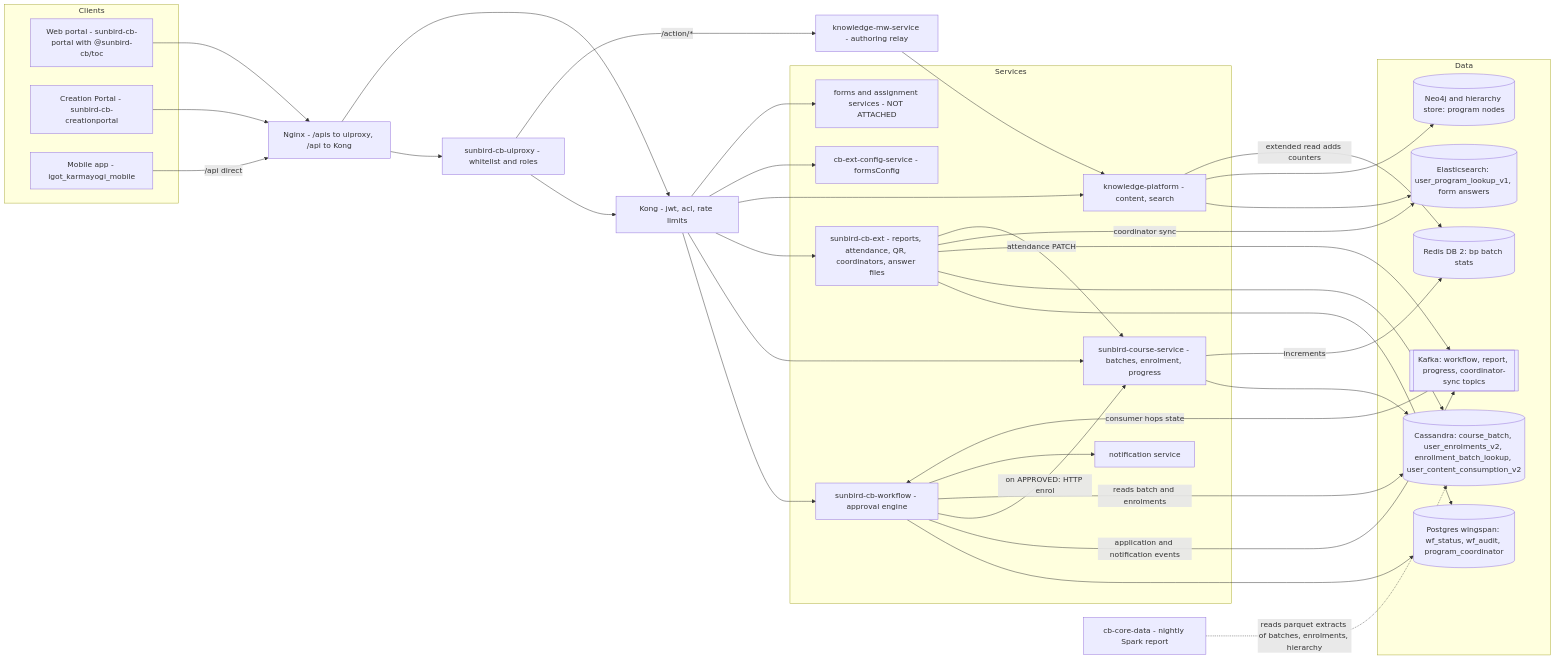
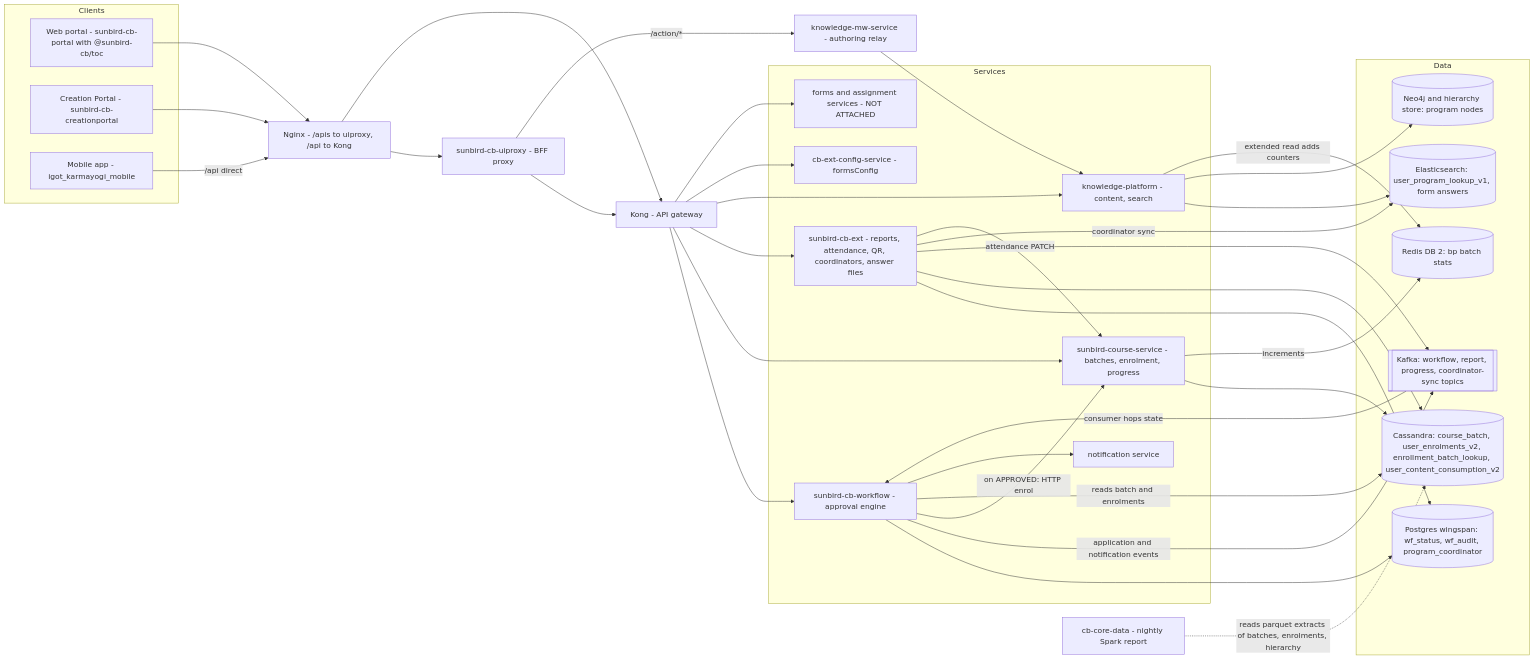
One commit to KB-iGOT/igot-docs changed the diagram in docs/learning-hub/blended-program/hld.md. Above: the diagram before and after it, drawn with Mermaid. The commit also changed other lines of this file and 19 other files, not shown here.

````diff
--- a/docs/learning-hub/blended-program/hld.md
+++ b/docs/learning-hub/blended-program/hld.md
@@ -19,67 +19,67 @@
 ```mermaid
 %%{init: {"flowchart": {"rankSpacing": 110, "nodeSpacing": 40}}}%%
 flowchart LR
     subgraph Clients
         WEB["Web portal - sunbird-cb-portal with @sunbird-cb/toc"]
         CP["Creation Portal - sunbird-cb-creationportal"]
         MOB["Mobile app - igot_karmayogi_mobile"]
     end
 
     NGX["Nginx - /apis to uiproxy, /api to Kong"]
-    UIP["sunbird-cb-uiproxy - whitelist and roles"]
-    KONG["Kong - jwt, acl, rate limits"]
+    UIP["sunbird-cb-uiproxy - BFF proxy"]
+    KONG["Kong - API gateway"]
     KMW["knowledge-mw-service - authoring relay"]
 
     subgraph Services
         WF["sunbird-cb-workflow - approval engine"]
         LMS["sunbird-course-service - batches, enrolment, progress"]
         EXT["sunbird-cb-ext - reports, attendance, QR, coordinators, answer files"]
         KP["knowledge-platform - content, search"]
         CFG["cb-ext-config-service - formsConfig"]
         FORMS["forms and assignment services - NOT ATTACHED"]
         NOTIFY["notification service"]
     end
 
     subgraph Data
         PG[("Postgres wingspan: wf_status, wf_audit, program_coordinator")]
         CAS[("Cassandra: course_batch, user_enrolments_v2, enrollment_batch_lookup, user_content_consumption_v2")]
         REDIS[("Redis DB 2: bp batch stats")]
         ES[("Elasticsearch: user_program_lookup_v1, form answers")]
         KAFKA[["Kafka: workflow, report, progress, coordinator-sync topics"]]
         NEO[("Neo4j and hierarchy store: program nodes")]
     end
 
     SPARK["cb-core-data - nightly Spark report"]
 
     WEB --> NGX
     CP --> NGX
     MOB -->|"/api direct"| NGX
     NGX --> UIP
     NGX --> KONG
     UIP --> KONG
     UIP -->|"/action/*"| KMW
     KMW --> KP
     KONG --> WF
     KONG --> LMS
     KONG --> EXT
     KONG --> KP
     KONG --> CFG
     KONG --> FORMS
     WF --> PG
     WF -->|"application and notification events"| KAFKA
     KAFKA -->|"consumer hops state"| WF
     WF -->|"on APPROVED: HTTP enrol"| LMS
     WF -->|"reads batch and enrolments"| CAS
     WF --> NOTIFY
     LMS --> CAS
     LMS -->|"increments"| REDIS
     EXT --> PG
     EXT --> CAS
     EXT --> KAFKA
     EXT -->|"coordinator sync"| ES
     EXT -->|"attendance PATCH"| LMS
     KP --> ES
     KP --> NEO
     KP -->|"extended read adds counters"| REDIS
     SPARK -.->|"reads parquet extracts of batches, enrolments, hierarchy"| CAS
 ```
````
